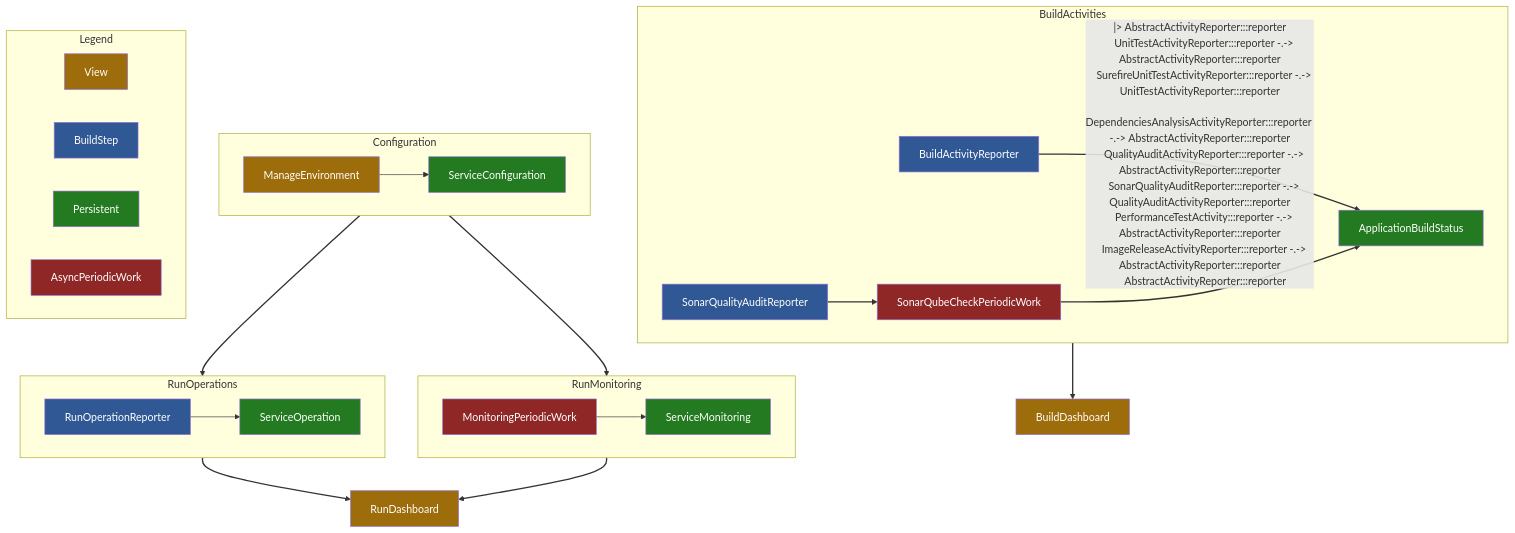
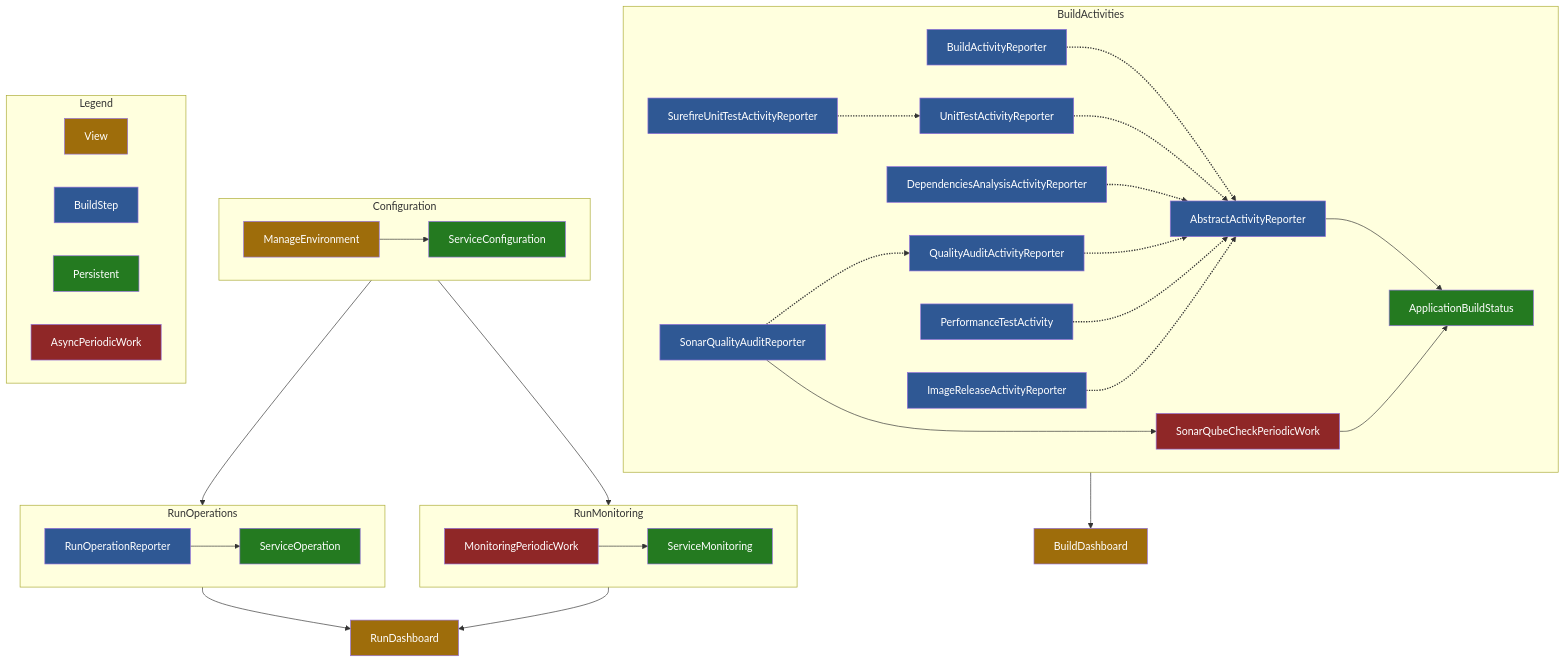
Before and after one commit to jenkinsci/devops-portal-plugin: the diagram in README.md, drawn with Mermaid.

````diff
--- a/README.md
+++ b/README.md
@@ -377,47 +377,47 @@
 ```mermaid
 flowchart TB
     subgraph Configuration
     ManageEnvironment:::view --> ServiceConfiguration:::entity
     end
     
     subgraph RunOperations
     RunOperationReporter:::reporter --> ServiceOperation:::entity
     end
     
     subgraph RunMonitoring
     MonitoringPeriodicWork:::worker --> ServiceMonitoring:::entity
     end
     
     subgraph BuildActivities
-    BuildActivityReporter:::reporter --|> AbstractActivityReporter:::reporter
+    BuildActivityReporter:::reporter -.-> AbstractActivityReporter:::reporter
     UnitTestActivityReporter:::reporter -.-> AbstractActivityReporter:::reporter
     SurefireUnitTestActivityReporter:::reporter -.-> UnitTestActivityReporter:::reporter
     DependenciesAnalysisActivityReporter:::reporter -.-> AbstractActivityReporter:::reporter
     QualityAuditActivityReporter:::reporter -.-> AbstractActivityReporter:::reporter
     SonarQualityAuditReporter:::reporter -.-> QualityAuditActivityReporter:::reporter
     PerformanceTestActivity:::reporter -.-> AbstractActivityReporter:::reporter
     ImageReleaseActivityReporter:::reporter -.-> AbstractActivityReporter:::reporter
     AbstractActivityReporter:::reporter --> ApplicationBuildStatus:::entity
     SonarQualityAuditReporter:::reporter --> SonarQubeCheckPeriodicWork:::worker
     SonarQubeCheckPeriodicWork:::worker --> ApplicationBuildStatus:::entity
     end
     
     subgraph Legend
     View:::view
     BuildStep:::reporter
     Persistent:::entity
     AsyncPeriodicWork:::worker
     end
     
     Configuration --> RunOperations
     Configuration --> RunMonitoring
     RunOperations --> RunDashboard:::view
     RunMonitoring --> RunDashboard:::view
     BuildActivities --> BuildDashboard:::view
     
     classDef view fill:#9e6d0b,color:#fff
     classDef reporter fill:#2f5894,color:#fff
     classDef entity fill:#247a20,color:#fff
     classDef worker fill:#8f2727,color:#fff
     linkStyle 3,4,5,6,7,8,9,10 stroke-width:2px,fill:none
 ```
````
